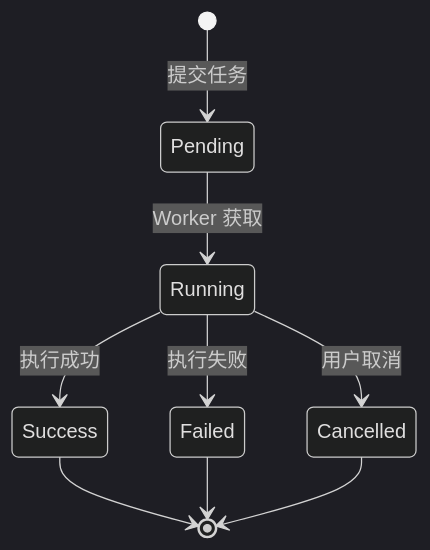
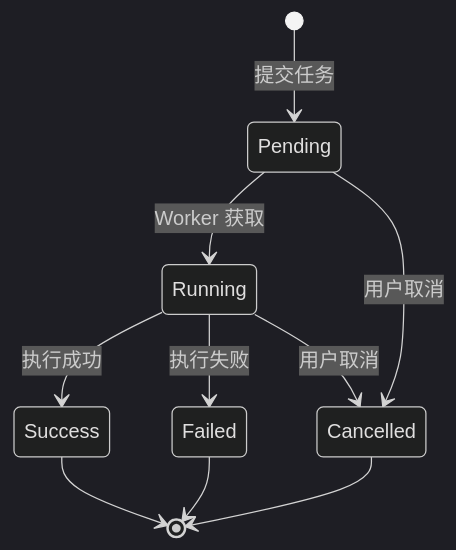
Before and after one commit to QVMConsole/docs: diagram 13 of 18 in docs/feature-analysis/qvmconsole-architecture.mdx, drawn with Mermaid (dark theme). The commit also changed other lines of this file and 37 other files, not shown here.

````diff
--- a/docs/feature-analysis/qvmconsole-architecture.mdx
+++ b/docs/feature-analysis/qvmconsole-architecture.mdx
@@ -650,11 +738,12 @@
 ```mermaid
 stateDiagram-v2
     [*] --> Pending: 提交任务
     Pending --> Running: Worker 获取
     Running --> Success: 执行成功
     Running --> Failed: 执行失败
+    Pending --> Cancelled: 用户取消
     Running --> Cancelled: 用户取消
     Success --> [*]
     Failed --> [*]
     Cancelled --> [*]
 ```
````
